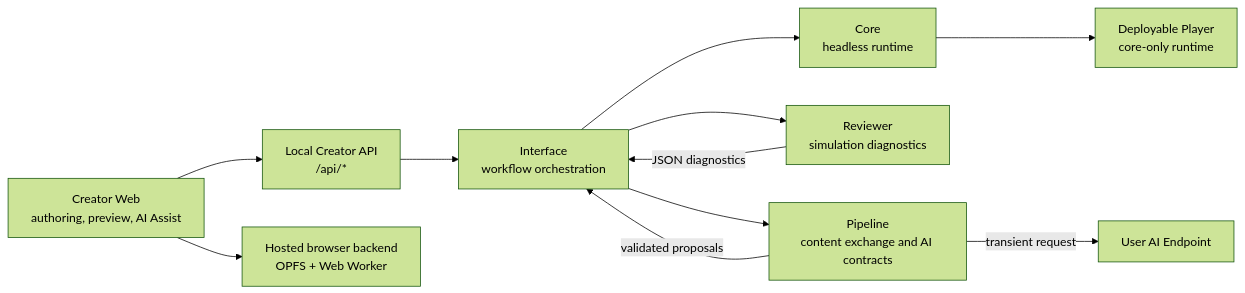
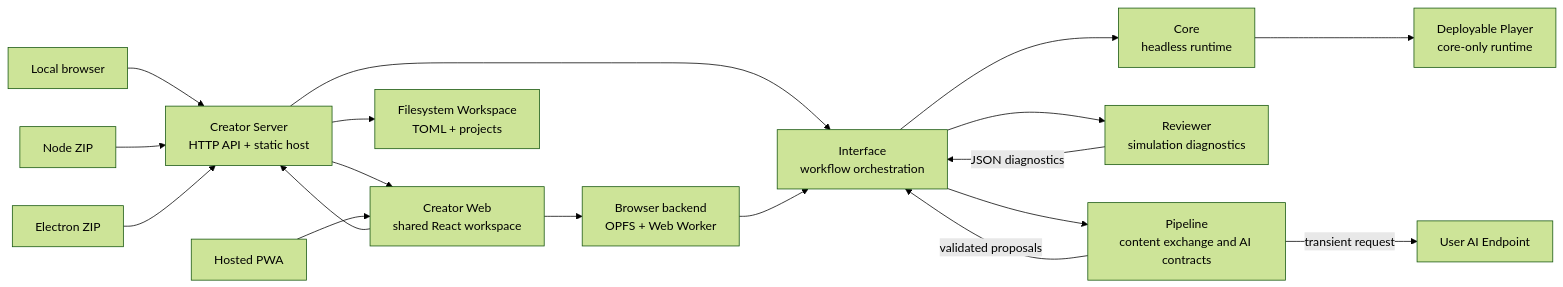
One commit to Sisyphe42/ReignsAgent changed the first of 2 diagrams in README.md. Above: the diagram before and after it, drawn with Mermaid (forest theme). The commit also changed other lines of this file and 3 other files, not shown here.

````diff
--- a/README.md
+++ b/README.md
@@ -116,23 +119,35 @@
 ```mermaid
 flowchart LR
-  creator["Creator Web<br/>authoring, preview, AI Assist"]
-  api["Local Creator API<br/>/api/*"]
+  local["Local browser"]
+  nodeZip["Node ZIP"]
+  electron["Electron ZIP"]
+  hosted["Hosted PWA"]
+  creator["Creator Web<br/>shared React workspace"]
+  server["Creator Server<br/>HTTP API + static host"]
+  fileWorkspace["Filesystem Workspace<br/>TOML + projects"]
+  browserBackend["Browser backend<br/>OPFS + Web Worker"]
   interface["Interface<br/>workflow orchestration"]
   pipeline["Pipeline<br/>content exchange and AI contracts"]
   reviewer["Reviewer<br/>simulation diagnostics"]
   core["Core<br/>headless runtime"]
   player["Deployable Player<br/>core-only runtime"]
   provider["User AI Endpoint"]
 
-  browserBackend["Hosted browser backend<br/>OPFS + Web Worker"]
-  creator --> api
+  local --> server
+  nodeZip --> server
+  electron --> server
+  server --> creator
+  server --> fileWorkspace
+  hosted --> creator
   creator --> browserBackend
-  api --> interface
+  creator --> server
+  server --> interface
+  browserBackend --> interface
   interface --> core
   interface --> reviewer
   interface --> pipeline
   pipeline -->|"transient request"| provider
   reviewer -->|"JSON diagnostics"| interface
   pipeline -->|"validated proposals"| interface
   core --> player
 ```
````
